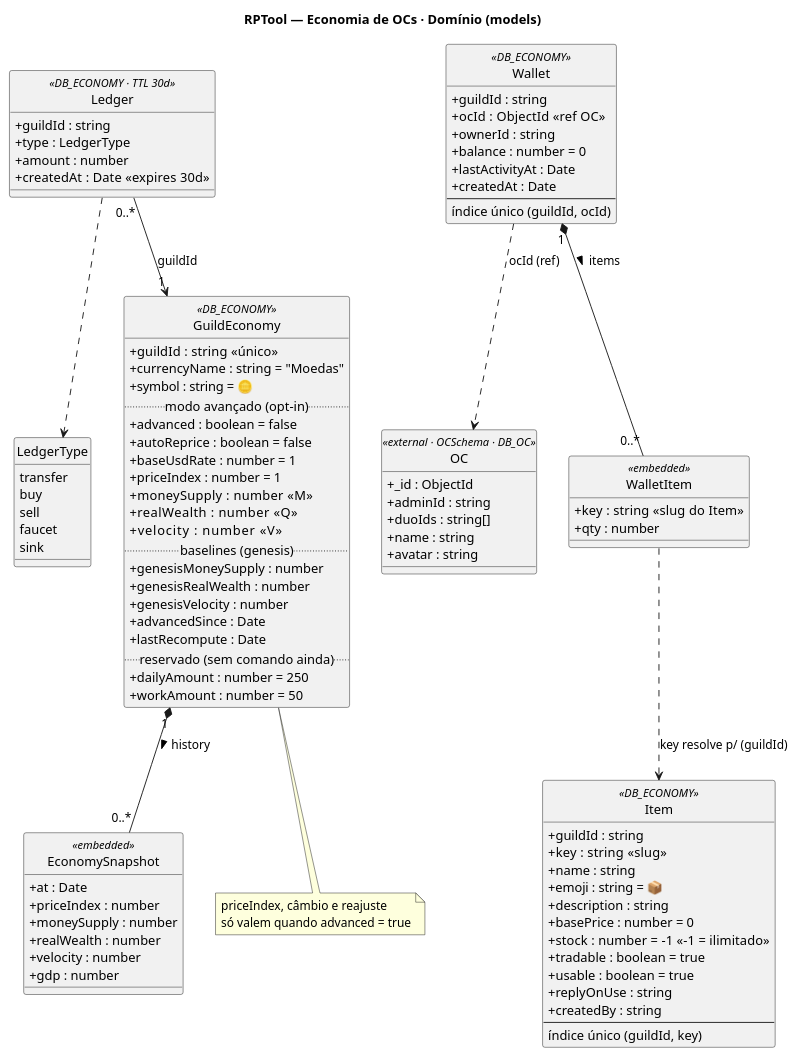
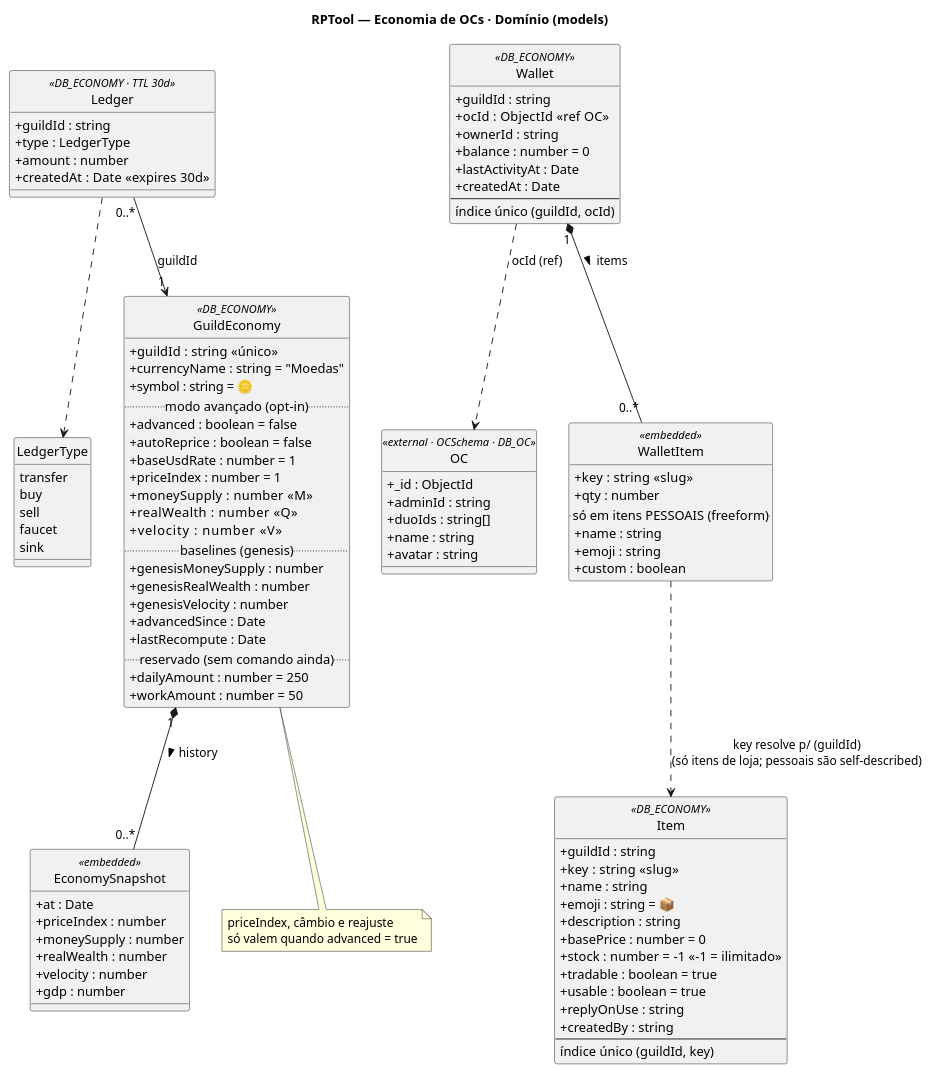
The first of 4 diagrams in diagrams/economia.puml (Vaniteux2006/RPTool_Bot), drawn with PlantUML before and after one commit. The commit also changed 11 other files, not shown here.

```diff
--- a/diagrams/economia.puml
+++ b/diagrams/economia.puml
@@ -11,106 +11,110 @@
 @startuml economia_dominio
 title RPTool — Economia de OCs · Domínio (models)
 
 skinparam classAttributeIconSize 0
 skinparam shadowing false
 hide circle
 
 enum LedgerType {
   transfer
   buy
   sell
   faucet
   sink
 }
 
 class OC <<external · OCSchema · DB_OC>> {
   +_id : ObjectId
   +adminId : string
   +duoIds : string[]
   +name : string
   +avatar : string
 }
 
 class Wallet <<DB_ECONOMY>> {
   +guildId : string
   +ocId : ObjectId  <<ref OC>>
   +ownerId : string
   +balance : number = 0
   +lastActivityAt : Date
   +createdAt : Date
   --
   índice único (guildId, ocId)
 }
 
 class WalletItem <<embedded>> {
-  +key : string  <<slug do Item>>
+  +key : string  <<slug>>
   +qty : number
+  .. só em itens PESSOAIS (freeform) ..
+  +name : string
+  +emoji : string
+  +custom : boolean
 }
 
 class Item <<DB_ECONOMY>> {
   +guildId : string
   +key : string  <<slug>>
   +name : string
   +emoji : string = 📦
   +description : string
   +basePrice : number = 0
   +stock : number = -1  <<-1 = ilimitado>>
   +tradable : boolean = true
   +usable : boolean = true
   +replyOnUse : string
   +createdBy : string
   --
   índice único (guildId, key)
 }
 
 class GuildEconomy <<DB_ECONOMY>> {
   +guildId : string  <<único>>
   +currencyName : string = "Moedas"
   +symbol : string = 🪙
   .. modo avançado (opt-in) ..
   +advanced : boolean = false
   +autoReprice : boolean = false
   +baseUsdRate : number = 1
   +priceIndex : number = 1
   +moneySupply : number   <<M>>
   +realWealth : number    <<Q>>
   +velocity : number      <<V>>
   .. baselines (genesis) ..
   +genesisMoneySupply : number
   +genesisRealWealth : number
   +genesisVelocity : number
   +advancedSince : Date
   +lastRecompute : Date
   .. reservado (sem comando ainda) ..
   +dailyAmount : number = 250
   +workAmount : number = 50
 }
 
 class EconomySnapshot <<embedded>> {
   +at : Date
   +priceIndex : number
   +moneySupply : number
   +realWealth : number
   +velocity : number
   +gdp : number
 }
 
 class Ledger <<DB_ECONOMY · TTL 30d>> {
   +guildId : string
   +type : LedgerType
   +amount : number
   +createdAt : Date  <<expires 30d>>
 }
 
 Wallet "1" *-- "0..*" WalletItem : items >
 Wallet ..> OC : ocId (ref)
-WalletItem ..> Item : key resolve p/ (guildId)
+WalletItem ..> Item : key resolve p/ (guildId)\n(só itens de loja; pessoais são self-described)
 GuildEconomy "1" *-- "0..*" EconomySnapshot : history >
 Ledger "0..*" --> "1" GuildEconomy : guildId
 Ledger ..> LedgerType
 
 note bottom of GuildEconomy
   priceIndex, câmbio e reajuste
   só valem quando advanced = true
 end note
 @enduml
```
